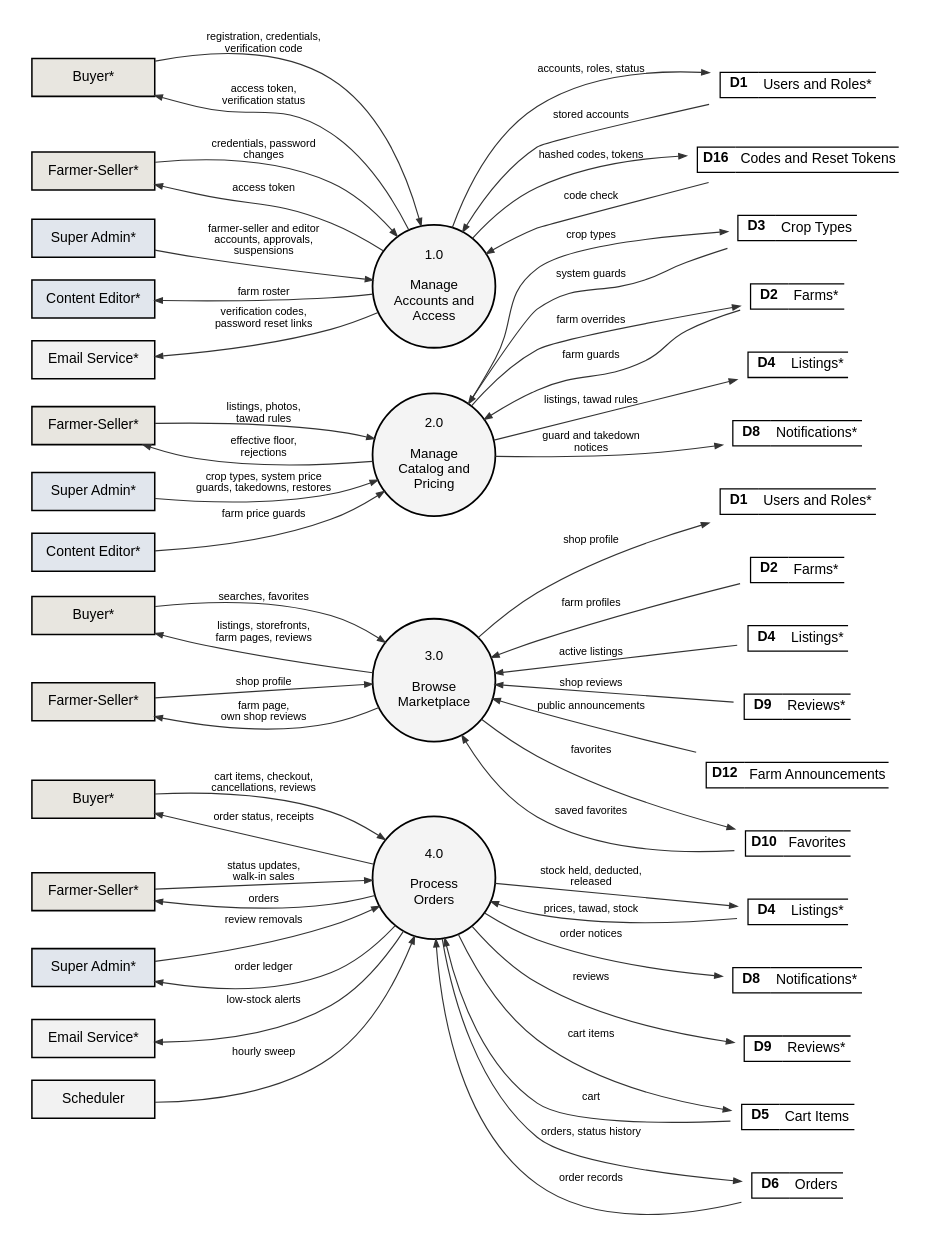
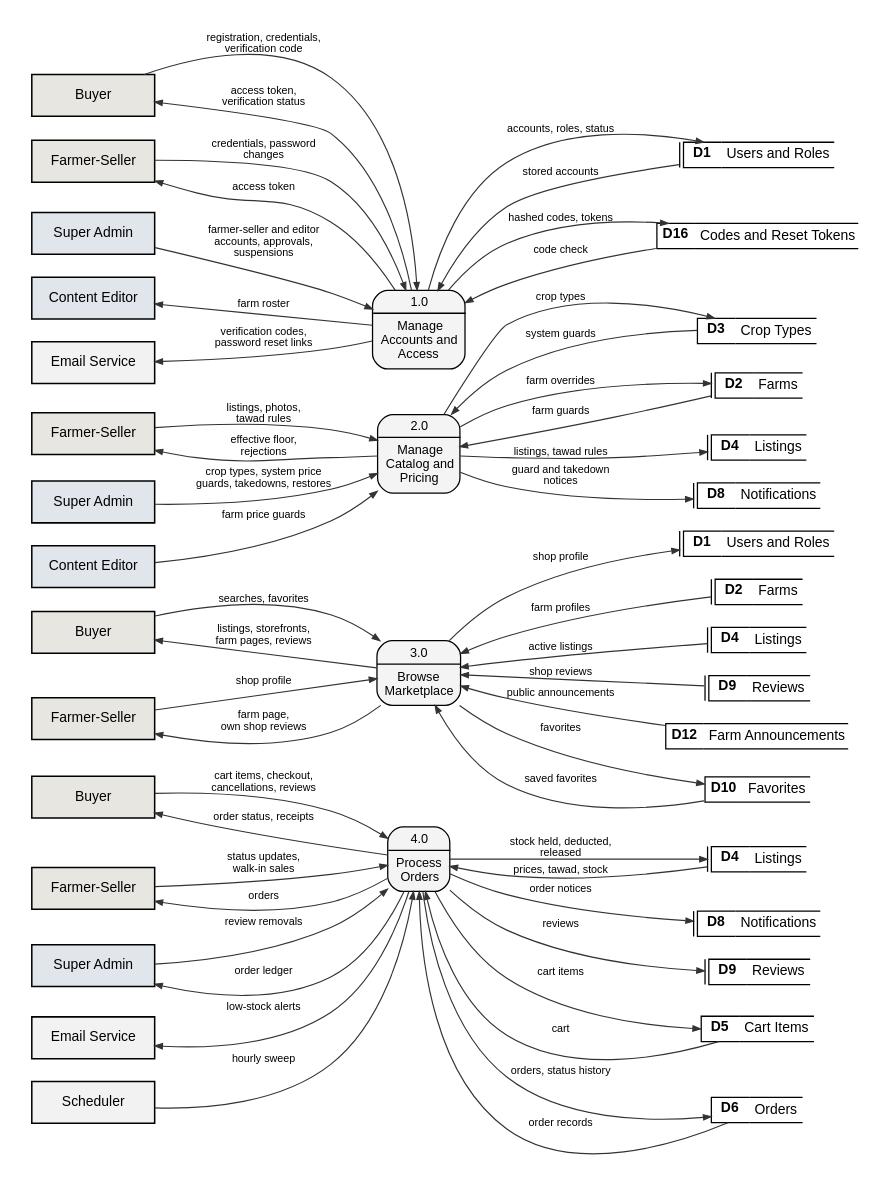
The diagram in docs/manuscript/figures/src/fig6_1a_dfd_level1.dot (shawncastaneda11-commits/anihow-backend), drawn with Graphviz before and after one commit. The commit also changed 39 other files, not shown here.

```diff
--- a/docs/manuscript/figures/src/fig6_1a_dfd_level1.dot
+++ b/docs/manuscript/figures/src/fig6_1a_dfd_level1.dot
@@ -3,42 +3,42 @@
   graph [rankdir=LR, nodesep=0.25, ranksep=0.9, pad=0.25, fontname="Liberation Sans", newrank=true];
   node  [fontname="Liberation Sans", fontsize=11];
   edge  [penwidth=0.9, arrowsize=0.6, color="#333333", fontname="Liberation Sans", fontsize=8.5];
-  p1 [shape=circle, style=filled, fillcolor="#F4F4F4", penwidth=1.4, fixedsize=true, width=1.35, fontsize=10.5, label="1.0\n\nManage\nAccounts and\nAccess"];
-  by_p1 [shape=box, style=filled, fillcolor="#E8E6E0", penwidth=1.2, width=1.35, height=0.42, label="Buyer*"];
-  fs_p1 [shape=box, style=filled, fillcolor="#E8E6E0", penwidth=1.2, width=1.35, height=0.42, label="Farmer-Seller*"];
-  sa_p1 [shape=box, style=filled, fillcolor="#E1E6ED", penwidth=1.2, width=1.35, height=0.42, label="Super Admin*"];
-  ce_p1 [shape=box, style=filled, fillcolor="#E1E6ED", penwidth=1.2, width=1.35, height=0.42, label="Content Editor*"];
-  em_p1 [shape=box, style=filled, fillcolor="#F2F2F2", penwidth=1.2, width=1.35, height=0.42, label="Email Service*"];
-  D1_p1 [shape=plaintext, label=<<TABLE BORDER="0" CELLBORDER="1" CELLSPACING="0" CELLPADDING="3"><TR><TD SIDES="TBL" WIDTH="30"><B>D1</B></TD><TD SIDES="TB" ALIGN="LEFT">Users and Roles*</TD></TR></TABLE>>];
-  D16_p1 [shape=plaintext, label=<<TABLE BORDER="0" CELLBORDER="1" CELLSPACING="0" CELLPADDING="3"><TR><TD SIDES="TBL" WIDTH="30"><B>D16</B></TD><TD SIDES="TB" ALIGN="LEFT">Codes and Reset Tokens</TD></TR></TABLE>>];
-  p2 [shape=circle, style=filled, fillcolor="#F4F4F4", penwidth=1.4, fixedsize=true, width=1.35, fontsize=10.5, label="2.0\n\nManage\nCatalog and\nPricing"];
-  fs_p2 [shape=box, style=filled, fillcolor="#E8E6E0", penwidth=1.2, width=1.35, height=0.42, label="Farmer-Seller*"];
-  sa_p2 [shape=box, style=filled, fillcolor="#E1E6ED", penwidth=1.2, width=1.35, height=0.42, label="Super Admin*"];
-  ce_p2 [shape=box, style=filled, fillcolor="#E1E6ED", penwidth=1.2, width=1.35, height=0.42, label="Content Editor*"];
-  D3_p2 [shape=plaintext, label=<<TABLE BORDER="0" CELLBORDER="1" CELLSPACING="0" CELLPADDING="3"><TR><TD SIDES="TBL" WIDTH="30"><B>D3</B></TD><TD SIDES="TB" ALIGN="LEFT">Crop Types</TD></TR></TABLE>>];
-  D2_p2 [shape=plaintext, label=<<TABLE BORDER="0" CELLBORDER="1" CELLSPACING="0" CELLPADDING="3"><TR><TD SIDES="TBL" WIDTH="30"><B>D2</B></TD><TD SIDES="TB" ALIGN="LEFT">Farms*</TD></TR></TABLE>>];
-  D4_p2 [shape=plaintext, label=<<TABLE BORDER="0" CELLBORDER="1" CELLSPACING="0" CELLPADDING="3"><TR><TD SIDES="TBL" WIDTH="30"><B>D4</B></TD><TD SIDES="TB" ALIGN="LEFT">Listings*</TD></TR></TABLE>>];
-  D8_p2 [shape=plaintext, label=<<TABLE BORDER="0" CELLBORDER="1" CELLSPACING="0" CELLPADDING="3"><TR><TD SIDES="TBL" WIDTH="30"><B>D8</B></TD><TD SIDES="TB" ALIGN="LEFT">Notifications*</TD></TR></TABLE>>];
-  p3 [shape=circle, style=filled, fillcolor="#F4F4F4", penwidth=1.4, fixedsize=true, width=1.35, fontsize=10.5, label="3.0\n\nBrowse\nMarketplace"];
-  by_p3 [shape=box, style=filled, fillcolor="#E8E6E0", penwidth=1.2, width=1.35, height=0.42, label="Buyer*"];
-  fs_p3 [shape=box, style=filled, fillcolor="#E8E6E0", penwidth=1.2, width=1.35, height=0.42, label="Farmer-Seller*"];
-  D1_p3 [shape=plaintext, label=<<TABLE BORDER="0" CELLBORDER="1" CELLSPACING="0" CELLPADDING="3"><TR><TD SIDES="TBL" WIDTH="30"><B>D1</B></TD><TD SIDES="TB" ALIGN="LEFT">Users and Roles*</TD></TR></TABLE>>];
-  D2_p3 [shape=plaintext, label=<<TABLE BORDER="0" CELLBORDER="1" CELLSPACING="0" CELLPADDING="3"><TR><TD SIDES="TBL" WIDTH="30"><B>D2</B></TD><TD SIDES="TB" ALIGN="LEFT">Farms*</TD></TR></TABLE>>];
-  D4_p3 [shape=plaintext, label=<<TABLE BORDER="0" CELLBORDER="1" CELLSPACING="0" CELLPADDING="3"><TR><TD SIDES="TBL" WIDTH="30"><B>D4</B></TD><TD SIDES="TB" ALIGN="LEFT">Listings*</TD></TR></TABLE>>];
-  D9_p3 [shape=plaintext, label=<<TABLE BORDER="0" CELLBORDER="1" CELLSPACING="0" CELLPADDING="3"><TR><TD SIDES="TBL" WIDTH="30"><B>D9</B></TD><TD SIDES="TB" ALIGN="LEFT">Reviews*</TD></TR></TABLE>>];
-  D12_p3 [shape=plaintext, label=<<TABLE BORDER="0" CELLBORDER="1" CELLSPACING="0" CELLPADDING="3"><TR><TD SIDES="TBL" WIDTH="30"><B>D12</B></TD><TD SIDES="TB" ALIGN="LEFT">Farm Announcements</TD></TR></TABLE>>];
-  D10_p3 [shape=plaintext, label=<<TABLE BORDER="0" CELLBORDER="1" CELLSPACING="0" CELLPADDING="3"><TR><TD SIDES="TBL" WIDTH="30"><B>D10</B></TD><TD SIDES="TB" ALIGN="LEFT">Favorites</TD></TR></TABLE>>];
-  p4 [shape=circle, style=filled, fillcolor="#F4F4F4", penwidth=1.4, fixedsize=true, width=1.35, fontsize=10.5, label="4.0\n\nProcess\nOrders"];
-  by_p4 [shape=box, style=filled, fillcolor="#E8E6E0", penwidth=1.2, width=1.35, height=0.42, label="Buyer*"];
-  fs_p4 [shape=box, style=filled, fillcolor="#E8E6E0", penwidth=1.2, width=1.35, height=0.42, label="Farmer-Seller*"];
-  sa_p4 [shape=box, style=filled, fillcolor="#E1E6ED", penwidth=1.2, width=1.35, height=0.42, label="Super Admin*"];
-  em_p4 [shape=box, style=filled, fillcolor="#F2F2F2", penwidth=1.2, width=1.35, height=0.42, label="Email Service*"];
-  D4_p4 [shape=plaintext, label=<<TABLE BORDER="0" CELLBORDER="1" CELLSPACING="0" CELLPADDING="3"><TR><TD SIDES="TBL" WIDTH="30"><B>D4</B></TD><TD SIDES="TB" ALIGN="LEFT">Listings*</TD></TR></TABLE>>];
-  D8_p4 [shape=plaintext, label=<<TABLE BORDER="0" CELLBORDER="1" CELLSPACING="0" CELLPADDING="3"><TR><TD SIDES="TBL" WIDTH="30"><B>D8</B></TD><TD SIDES="TB" ALIGN="LEFT">Notifications*</TD></TR></TABLE>>];
-  D9_p4 [shape=plaintext, label=<<TABLE BORDER="0" CELLBORDER="1" CELLSPACING="0" CELLPADDING="3"><TR><TD SIDES="TBL" WIDTH="30"><B>D9</B></TD><TD SIDES="TB" ALIGN="LEFT">Reviews*</TD></TR></TABLE>>];
-  sch_p4 [shape=box, style=filled, fillcolor="#F2F2F2", penwidth=1.2, width=1.35, height=0.42, label="Scheduler"];
-  D5_p4 [shape=plaintext, label=<<TABLE BORDER="0" CELLBORDER="1" CELLSPACING="0" CELLPADDING="3"><TR><TD SIDES="TBL" WIDTH="30"><B>D5</B></TD><TD SIDES="TB" ALIGN="LEFT">Cart Items</TD></TR></TABLE>>];
-  D6_p4 [shape=plaintext, label=<<TABLE BORDER="0" CELLBORDER="1" CELLSPACING="0" CELLPADDING="3"><TR><TD SIDES="TBL" WIDTH="30"><B>D6</B></TD><TD SIDES="TB" ALIGN="LEFT">Orders</TD></TR></TABLE>>];
+  p1 [shape=plaintext, margin=0, width=0, height=0, label=<<TABLE STYLE="ROUNDED" BORDER="1" CELLBORDER="0" CELLSPACING="0" CELLPADDING="3" BGCOLOR="#F4F4F4"><TR><TD><FONT POINT-SIZE="10.5">1.0</FONT></TD></TR><HR/><TR><TD CELLPADDING="5"><FONT POINT-SIZE="10.5">Manage<BR/>Accounts and<BR/>Access</FONT></TD></TR></TABLE>>];
+  by_p1 [shape=box, style=filled, fillcolor="#E8E6E0", penwidth=1.2, width=1.35, height=0.46, label="Buyer", comment="gsdup"];
+  fs_p1 [shape=box, style=filled, fillcolor="#E8E6E0", penwidth=1.2, width=1.35, height=0.46, label="Farmer-Seller", comment="gsdup"];
+  sa_p1 [shape=box, style=filled, fillcolor="#E1E6ED", penwidth=1.2, width=1.35, height=0.46, label="Super Admin", comment="gsdup"];
+  ce_p1 [shape=box, style=filled, fillcolor="#E1E6ED", penwidth=1.2, width=1.35, height=0.46, label="Content Editor", comment="gsdup"];
+  em_p1 [shape=box, style=filled, fillcolor="#F2F2F2", penwidth=1.2, width=1.35, height=0.46, label="Email Service", comment="gsdup"];
+  D1_p1 [shape=plaintext, margin=0, width=0, height=0, label=<<TABLE BORDER="0" CELLBORDER="1" CELLSPACING="0" CELLPADDING="3"><TR><TD SIDES="L" WIDTH="3" CELLPADDING="0"></TD><TD SIDES="TBL" WIDTH="30"><B>D1</B></TD><TD SIDES="TB" ALIGN="LEFT">Users and Roles</TD></TR></TABLE>>];
+  D16_p1 [shape=plaintext, margin=0, width=0, height=0, label=<<TABLE BORDER="0" CELLBORDER="1" CELLSPACING="0" CELLPADDING="3"><TR><TD SIDES="TBL" WIDTH="30"><B>D16</B></TD><TD SIDES="TB" ALIGN="LEFT">Codes and Reset Tokens</TD></TR></TABLE>>];
+  p2 [shape=plaintext, margin=0, width=0, height=0, label=<<TABLE STYLE="ROUNDED" BORDER="1" CELLBORDER="0" CELLSPACING="0" CELLPADDING="3" BGCOLOR="#F4F4F4"><TR><TD><FONT POINT-SIZE="10.5">2.0</FONT></TD></TR><HR/><TR><TD CELLPADDING="5"><FONT POINT-SIZE="10.5">Manage<BR/>Catalog and<BR/>Pricing</FONT></TD></TR></TABLE>>];
+  fs_p2 [shape=box, style=filled, fillcolor="#E8E6E0", penwidth=1.2, width=1.35, height=0.46, label="Farmer-Seller", comment="gsdup"];
+  sa_p2 [shape=box, style=filled, fillcolor="#E1E6ED", penwidth=1.2, width=1.35, height=0.46, label="Super Admin", comment="gsdup"];
+  ce_p2 [shape=box, style=filled, fillcolor="#E1E6ED", penwidth=1.2, width=1.35, height=0.46, label="Content Editor", comment="gsdup"];
+  D3_p2 [shape=plaintext, margin=0, width=0, height=0, label=<<TABLE BORDER="0" CELLBORDER="1" CELLSPACING="0" CELLPADDING="3"><TR><TD SIDES="TBL" WIDTH="30"><B>D3</B></TD><TD SIDES="TB" ALIGN="LEFT">Crop Types</TD></TR></TABLE>>];
+  D2_p2 [shape=plaintext, margin=0, width=0, height=0, label=<<TABLE BORDER="0" CELLBORDER="1" CELLSPACING="0" CELLPADDING="3"><TR><TD SIDES="L" WIDTH="3" CELLPADDING="0"></TD><TD SIDES="TBL" WIDTH="30"><B>D2</B></TD><TD SIDES="TB" ALIGN="LEFT">Farms</TD></TR></TABLE>>];
+  D4_p2 [shape=plaintext, margin=0, width=0, height=0, label=<<TABLE BORDER="0" CELLBORDER="1" CELLSPACING="0" CELLPADDING="3"><TR><TD SIDES="L" WIDTH="3" CELLPADDING="0"></TD><TD SIDES="TBL" WIDTH="30"><B>D4</B></TD><TD SIDES="TB" ALIGN="LEFT">Listings</TD></TR></TABLE>>];
+  D8_p2 [shape=plaintext, margin=0, width=0, height=0, label=<<TABLE BORDER="0" CELLBORDER="1" CELLSPACING="0" CELLPADDING="3"><TR><TD SIDES="L" WIDTH="3" CELLPADDING="0"></TD><TD SIDES="TBL" WIDTH="30"><B>D8</B></TD><TD SIDES="TB" ALIGN="LEFT">Notifications</TD></TR></TABLE>>];
+  p3 [shape=plaintext, margin=0, width=0, height=0, label=<<TABLE STYLE="ROUNDED" BORDER="1" CELLBORDER="0" CELLSPACING="0" CELLPADDING="3" BGCOLOR="#F4F4F4"><TR><TD><FONT POINT-SIZE="10.5">3.0</FONT></TD></TR><HR/><TR><TD CELLPADDING="5"><FONT POINT-SIZE="10.5">Browse<BR/>Marketplace</FONT></TD></TR></TABLE>>];
+  by_p3 [shape=box, style=filled, fillcolor="#E8E6E0", penwidth=1.2, width=1.35, height=0.46, label="Buyer", comment="gsdup"];
+  fs_p3 [shape=box, style=filled, fillcolor="#E8E6E0", penwidth=1.2, width=1.35, height=0.46, label="Farmer-Seller", comment="gsdup"];
+  D1_p3 [shape=plaintext, margin=0, width=0, height=0, label=<<TABLE BORDER="0" CELLBORDER="1" CELLSPACING="0" CELLPADDING="3"><TR><TD SIDES="L" WIDTH="3" CELLPADDING="0"></TD><TD SIDES="TBL" WIDTH="30"><B>D1</B></TD><TD SIDES="TB" ALIGN="LEFT">Users and Roles</TD></TR></TABLE>>];
+  D2_p3 [shape=plaintext, margin=0, width=0, height=0, label=<<TABLE BORDER="0" CELLBORDER="1" CELLSPACING="0" CELLPADDING="3"><TR><TD SIDES="L" WIDTH="3" CELLPADDING="0"></TD><TD SIDES="TBL" WIDTH="30"><B>D2</B></TD><TD SIDES="TB" ALIGN="LEFT">Farms</TD></TR></TABLE>>];
+  D4_p3 [shape=plaintext, margin=0, width=0, height=0, label=<<TABLE BORDER="0" CELLBORDER="1" CELLSPACING="0" CELLPADDING="3"><TR><TD SIDES="L" WIDTH="3" CELLPADDING="0"></TD><TD SIDES="TBL" WIDTH="30"><B>D4</B></TD><TD SIDES="TB" ALIGN="LEFT">Listings</TD></TR></TABLE>>];
+  D9_p3 [shape=plaintext, margin=0, width=0, height=0, label=<<TABLE BORDER="0" CELLBORDER="1" CELLSPACING="0" CELLPADDING="3"><TR><TD SIDES="L" WIDTH="3" CELLPADDING="0"></TD><TD SIDES="TBL" WIDTH="30"><B>D9</B></TD><TD SIDES="TB" ALIGN="LEFT">Reviews</TD></TR></TABLE>>];
+  D12_p3 [shape=plaintext, margin=0, width=0, height=0, label=<<TABLE BORDER="0" CELLBORDER="1" CELLSPACING="0" CELLPADDING="3"><TR><TD SIDES="TBL" WIDTH="30"><B>D12</B></TD><TD SIDES="TB" ALIGN="LEFT">Farm Announcements</TD></TR></TABLE>>];
+  D10_p3 [shape=plaintext, margin=0, width=0, height=0, label=<<TABLE BORDER="0" CELLBORDER="1" CELLSPACING="0" CELLPADDING="3"><TR><TD SIDES="TBL" WIDTH="30"><B>D10</B></TD><TD SIDES="TB" ALIGN="LEFT">Favorites</TD></TR></TABLE>>];
+  p4 [shape=plaintext, margin=0, width=0, height=0, label=<<TABLE STYLE="ROUNDED" BORDER="1" CELLBORDER="0" CELLSPACING="0" CELLPADDING="3" BGCOLOR="#F4F4F4"><TR><TD><FONT POINT-SIZE="10.5">4.0</FONT></TD></TR><HR/><TR><TD CELLPADDING="5"><FONT POINT-SIZE="10.5">Process<BR/>Orders</FONT></TD></TR></TABLE>>];
+  by_p4 [shape=box, style=filled, fillcolor="#E8E6E0", penwidth=1.2, width=1.35, height=0.46, label="Buyer", comment="gsdup"];
+  fs_p4 [shape=box, style=filled, fillcolor="#E8E6E0", penwidth=1.2, width=1.35, height=0.46, label="Farmer-Seller", comment="gsdup"];
+  sa_p4 [shape=box, style=filled, fillcolor="#E1E6ED", penwidth=1.2, width=1.35, height=0.46, label="Super Admin", comment="gsdup"];
+  em_p4 [shape=box, style=filled, fillcolor="#F2F2F2", penwidth=1.2, width=1.35, height=0.46, label="Email Service", comment="gsdup"];
+  D4_p4 [shape=plaintext, margin=0, width=0, height=0, label=<<TABLE BORDER="0" CELLBORDER="1" CELLSPACING="0" CELLPADDING="3"><TR><TD SIDES="L" WIDTH="3" CELLPADDING="0"></TD><TD SIDES="TBL" WIDTH="30"><B>D4</B></TD><TD SIDES="TB" ALIGN="LEFT">Listings</TD></TR></TABLE>>];
+  D8_p4 [shape=plaintext, margin=0, width=0, height=0, label=<<TABLE BORDER="0" CELLBORDER="1" CELLSPACING="0" CELLPADDING="3"><TR><TD SIDES="L" WIDTH="3" CELLPADDING="0"></TD><TD SIDES="TBL" WIDTH="30"><B>D8</B></TD><TD SIDES="TB" ALIGN="LEFT">Notifications</TD></TR></TABLE>>];
+  D9_p4 [shape=plaintext, margin=0, width=0, height=0, label=<<TABLE BORDER="0" CELLBORDER="1" CELLSPACING="0" CELLPADDING="3"><TR><TD SIDES="L" WIDTH="3" CELLPADDING="0"></TD><TD SIDES="TBL" WIDTH="30"><B>D9</B></TD><TD SIDES="TB" ALIGN="LEFT">Reviews</TD></TR></TABLE>>];
+  sch_p4 [shape=box, style=filled, fillcolor="#F2F2F2", penwidth=1.2, width=1.35, height=0.46, label="Scheduler"];
+  D5_p4 [shape=plaintext, margin=0, width=0, height=0, label=<<TABLE BORDER="0" CELLBORDER="1" CELLSPACING="0" CELLPADDING="3"><TR><TD SIDES="TBL" WIDTH="30"><B>D5</B></TD><TD SIDES="TB" ALIGN="LEFT">Cart Items</TD></TR></TABLE>>];
+  D6_p4 [shape=plaintext, margin=0, width=0, height=0, label=<<TABLE BORDER="0" CELLBORDER="1" CELLSPACING="0" CELLPADDING="3"><TR><TD SIDES="TBL" WIDTH="30"><B>D6</B></TD><TD SIDES="TB" ALIGN="LEFT">Orders</TD></TR></TABLE>>];
   by_p1 -> p1 [label="registration, credentials,\nverification code"];
   fs_p1 -> p1 [label="credentials, password\nchanges"];
   sa_p1 -> p1 [label="farmer-seller and editor\naccounts, approvals,\nsuspensions"];
```
